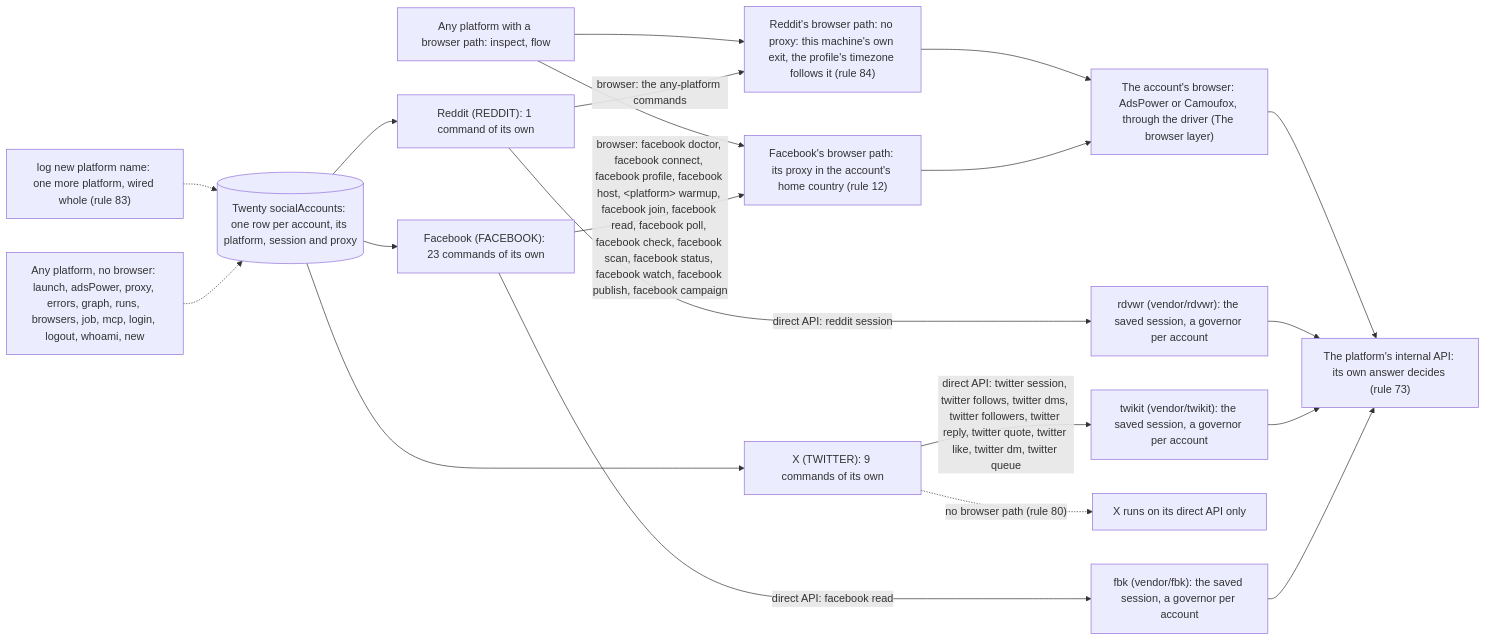
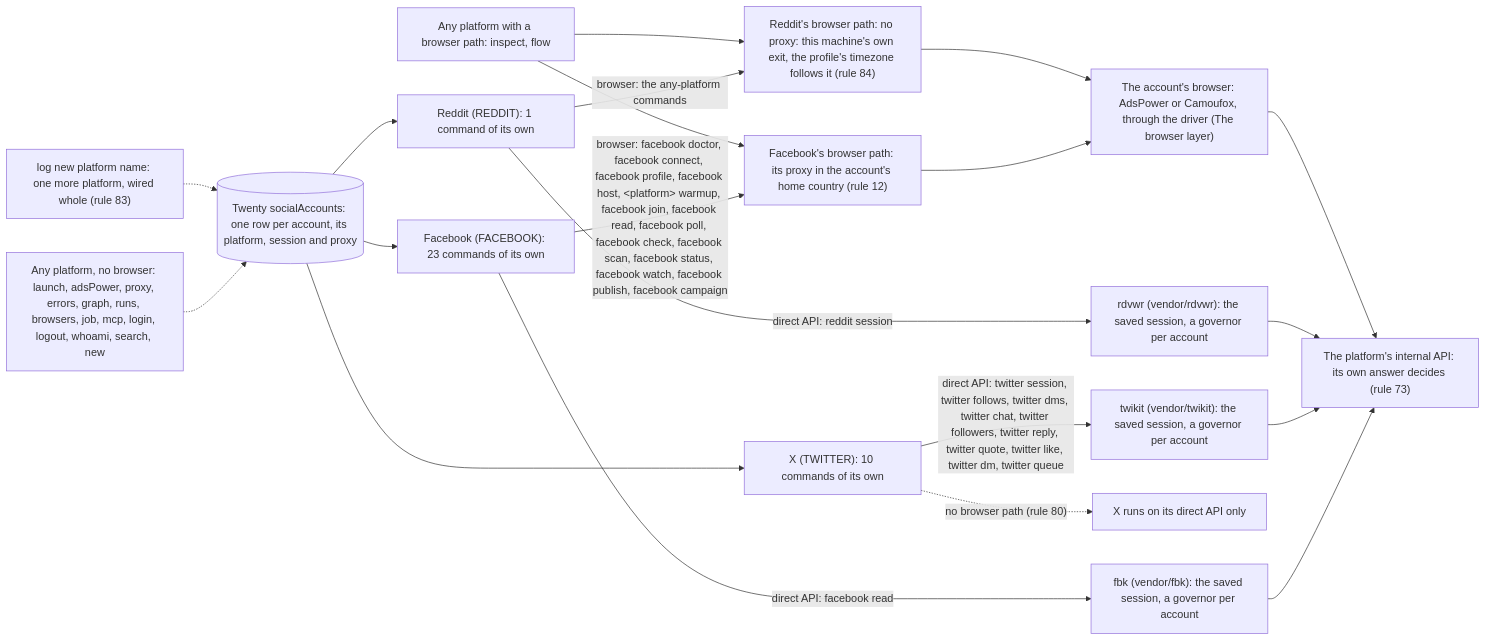
The first of 6 diagrams in README.md (matthewdonsemail-lab/log), drawn with Mermaid before and after one commit. The commit also changed other lines of this file and 105 other files, not shown here.

Commit message:
feat(twitter): read X Chat through vendored chat-xdk, and hybrid conversation search

````diff
--- a/README.md
+++ b/README.md
@@ -126,30 +126,30 @@
 ```mermaid
 flowchart LR
   twenty[("Twenty socialAccounts: one row per account, its platform, session and proxy")]
   api["The platform's internal API: its own answer decides (rule 73)"]
   drivers["The account's browser: AdsPower or Camoufox, through the driver (The browser layer)"]
   p_facebook["Facebook (FACEBOOK): 23 commands of its own"]
   twenty --> p_facebook
   p_facebook -->|"direct API: facebook read"| e_fbk["fbk (vendor/fbk): the saved session, a governor per account"]
   e_fbk --> api
   p_facebook -->|"browser: facebook doctor, facebook connect, facebook profile, facebook host, #lt;platform#gt; warmup, facebook join, facebook read, facebook poll, facebook check, facebook scan, facebook status, facebook watch, facebook publish, facebook campaign"| b_facebook["Facebook's browser path: its proxy in the account's home country (rule 12)"]
   b_facebook --> drivers
-  p_twitter["X (TWITTER): 9 commands of its own"]
+  p_twitter["X (TWITTER): 10 commands of its own"]
   twenty --> p_twitter
-  p_twitter -->|"direct API: twitter session, twitter follows, twitter dms, twitter followers, twitter reply, twitter quote, twitter like, twitter dm, twitter queue"| e_twikit["twikit (vendor/twikit): the saved session, a governor per account"]
+  p_twitter -->|"direct API: twitter session, twitter follows, twitter dms, twitter chat, twitter followers, twitter reply, twitter quote, twitter like, twitter dm, twitter queue"| e_twikit["twikit (vendor/twikit): the saved session, a governor per account"]
   e_twikit --> api
   p_twitter -.->|"no browser path (rule 80)"| nob_twitter["X runs on its direct API only"]
   p_reddit["Reddit (REDDIT): 1 command of its own"]
   twenty --> p_reddit
   p_reddit -->|"direct API: reddit session"| e_rdvwr["rdvwr (vendor/rdvwr): the saved session, a governor per account"]
   e_rdvwr --> api
   p_reddit -->|"browser: the any-platform commands"| b_reddit["Reddit's browser path: no proxy: this machine's own exit, the profile's timezone follows it (rule 84)"]
   b_reddit --> drivers
   anyB["Any platform with a browser path: inspect, flow"]
   anyB --> b_facebook
   anyB --> b_reddit
-  anyN["Any platform, no browser: launch, adsPower, proxy, errors, graph, runs, browsers, job, mcp, login, logout, whoami, new"]
+  anyN["Any platform, no browser: launch, adsPower, proxy, errors, graph, runs, browsers, job, mcp, login, logout, whoami, search, new"]
   anyN -.-> twenty
   newP["log new platform name: one more platform, wired whole (rule 83)"] -.-> twenty
   drivers --> api
 ```
````
